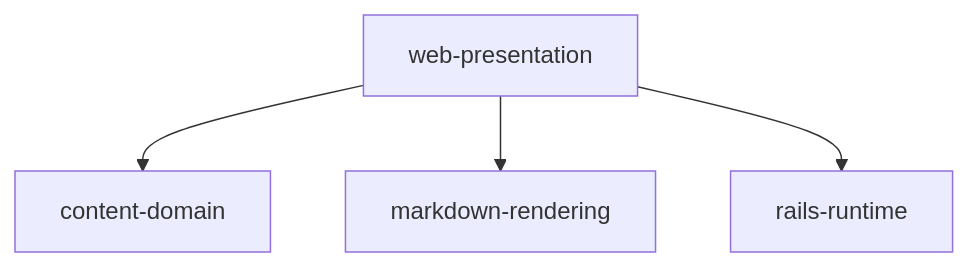
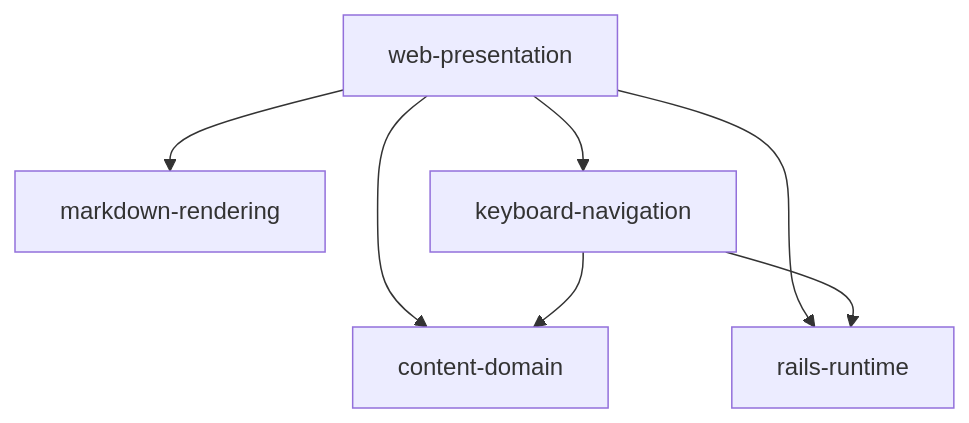
Before and after one commit to bitidev/jamesebentier.com: the diagram in docs/architecture/overview.md, drawn with Mermaid. The commit also changed other lines of this file and 77 other files, not shown here.

````diff
--- a/docs/architecture/overview.md
+++ b/docs/architecture/overview.md
@@ -37,11 +35,15 @@
 ```mermaid
 graph TD
   WP[web-presentation]
   CD[content-domain]
   MR[markdown-rendering]
   RR[rails-runtime]
+  KN[keyboard-navigation]
 
   WP --> CD
   WP --> MR
   WP --> RR
+  WP --> KN
+  KN --> CD
+  KN --> RR
 ```
````
